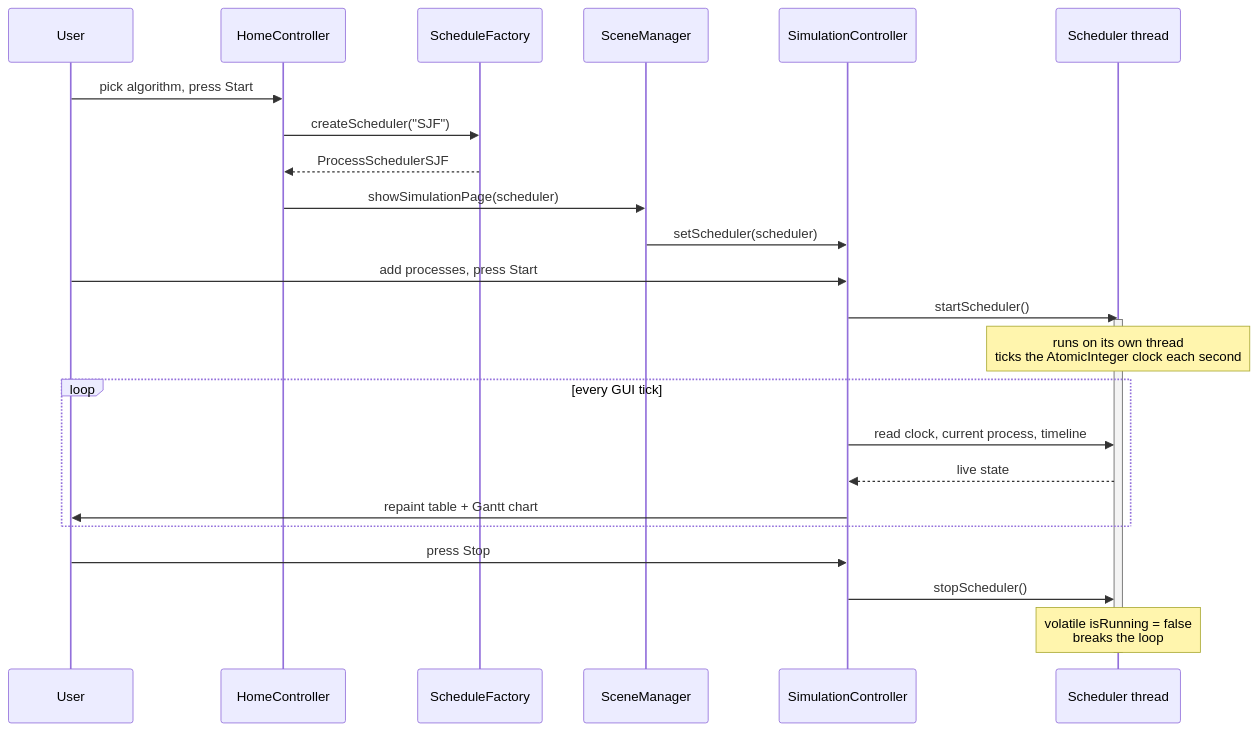
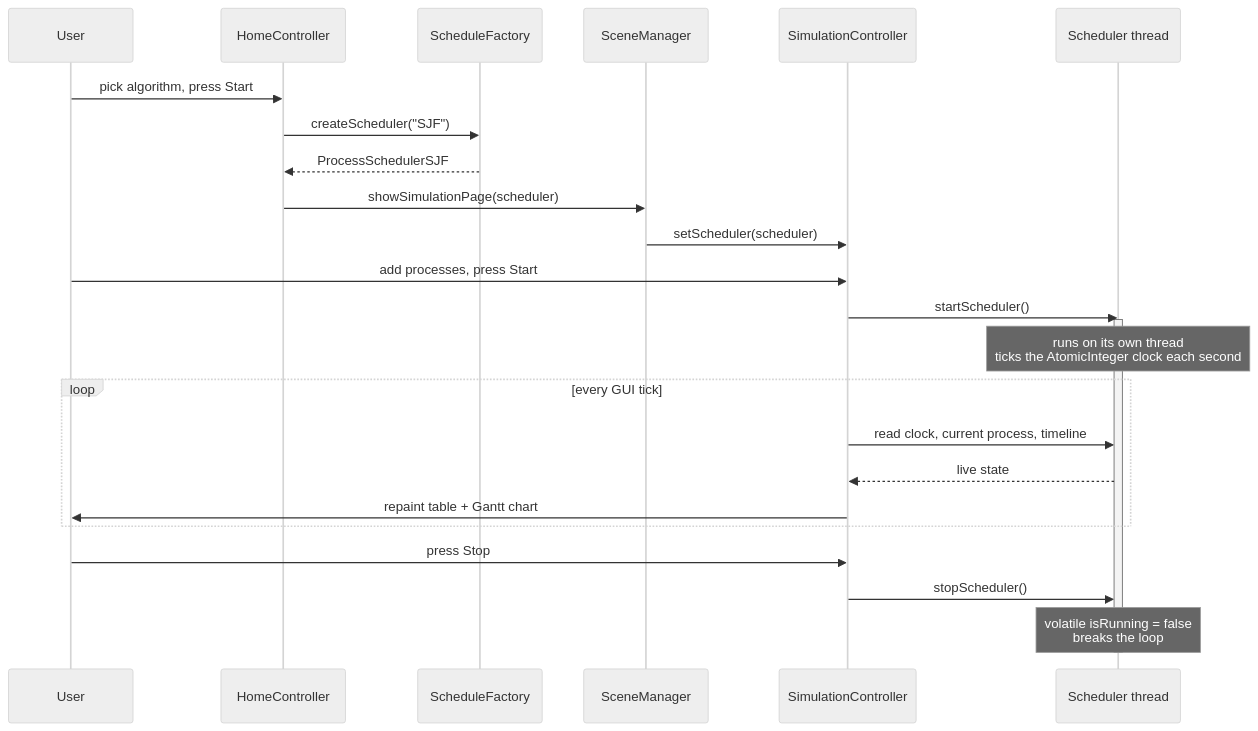
One commit to husamemadH/OSProject changed the second of 2 diagrams in README.md. Above: the diagram before and after it, drawn with Mermaid. The commit also changed other lines of this file, not shown here.

Commit message:
README: pin Mermaid theme so diagrams are legible in GitHub dark mode
GitHub's dark theme gave the class diagram light node fills with light text,
rendering it invisible. Forcing theme 'neutral' makes each diagram carry its
own self-consistent colors.

````diff
--- a/README.md
+++ b/README.md
@@ -227,31 +228,32 @@
 ```mermaid
+%%{init: {'theme':'neutral'}}%%
 sequenceDiagram
     participant User
     participant HomeController
     participant ScheduleFactory
     participant SceneManager
     participant SimulationController
     participant Scheduler as Scheduler thread
 
     User->>HomeController: pick algorithm, press Start
     HomeController->>ScheduleFactory: createScheduler("SJF")
     ScheduleFactory-->>HomeController: ProcessSchedulerSJF
     HomeController->>SceneManager: showSimulationPage(scheduler)
     SceneManager->>SimulationController: setScheduler(scheduler)
 
     User->>SimulationController: add processes, press Start
     SimulationController->>Scheduler: startScheduler()
     activate Scheduler
     Note over Scheduler: runs on its own thread<br/>ticks the AtomicInteger clock each second
 
     loop every GUI tick
         SimulationController->>Scheduler: read clock, current process, timeline
         Scheduler-->>SimulationController: live state
         SimulationController->>User: repaint table + Gantt chart
     end
 
     User->>SimulationController: press Stop
     SimulationController->>Scheduler: stopScheduler()
     Note over Scheduler: volatile isRunning = false<br/>breaks the loop
     deactivate Scheduler
 ```
````
